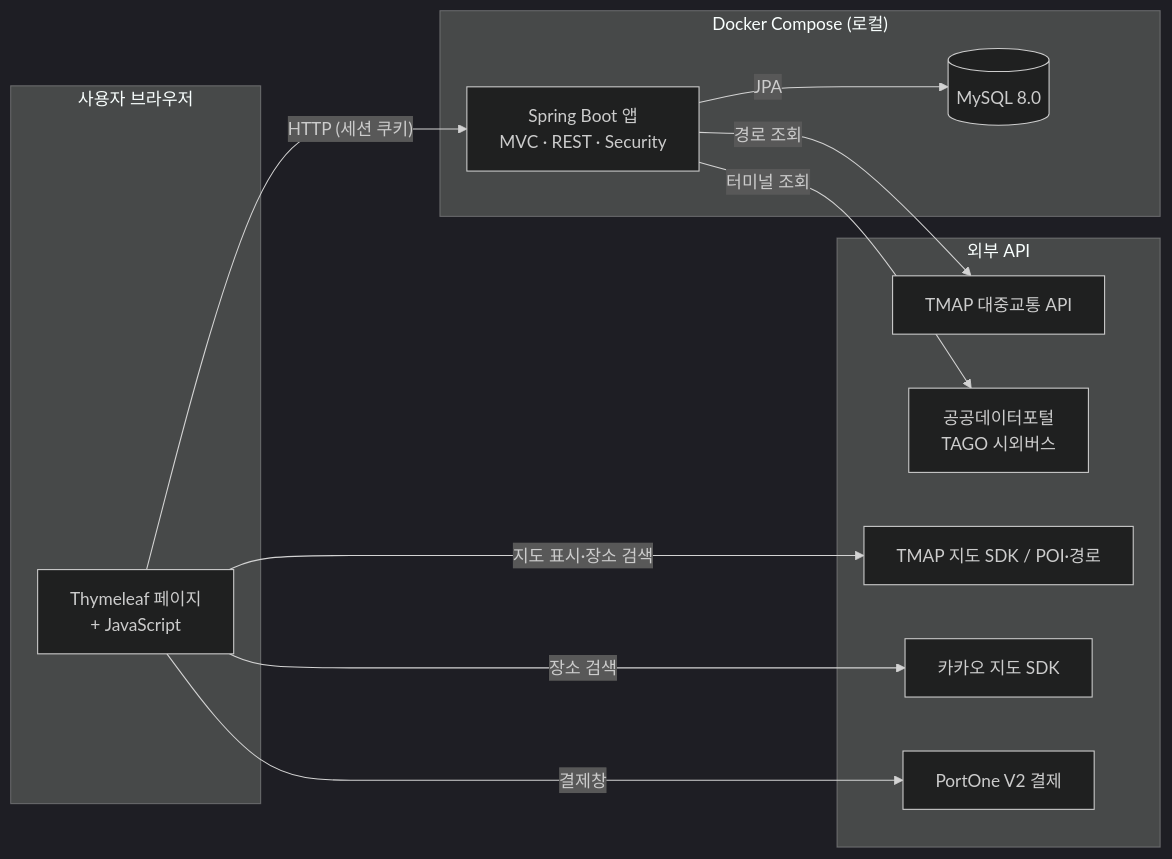
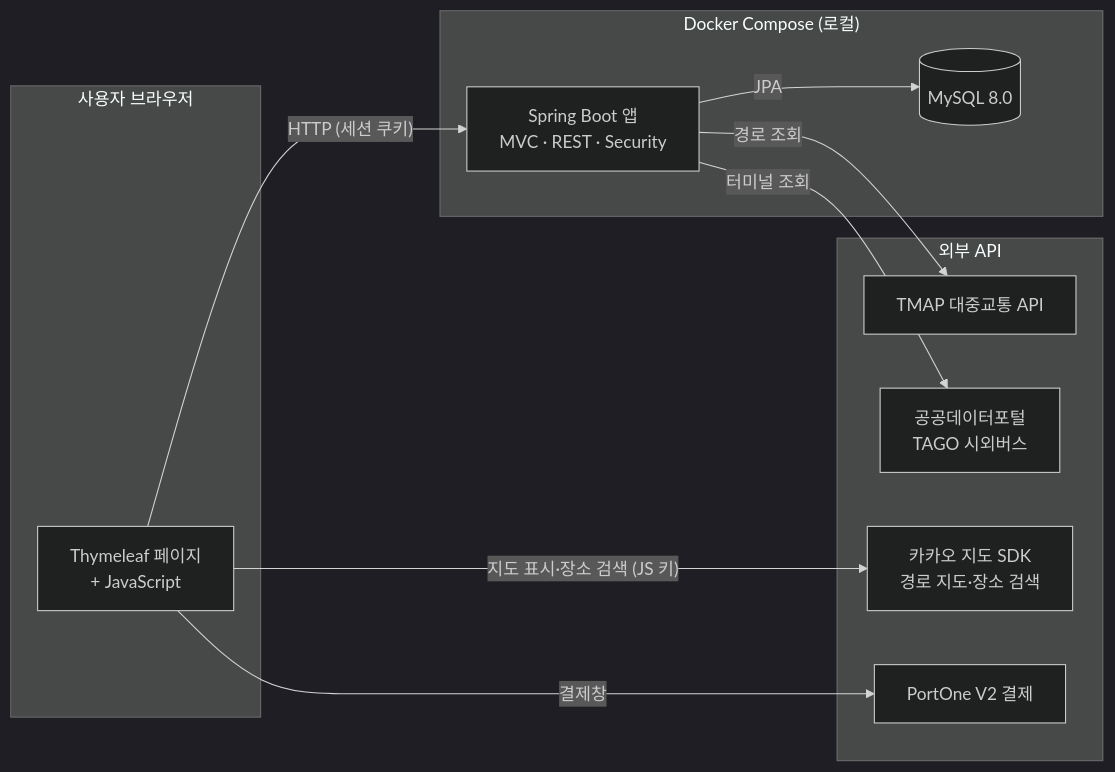
One commit to kimyeongbin-dev/mobillax-v2 changed the first of 2 diagrams in README.md. Above: the diagram before and after it, drawn with Mermaid (dark theme). The commit also changed other lines of this file and 2 other files, not shown here.

````diff
--- a/README.md
+++ b/README.md
@@ -68,27 +68,25 @@
 ```mermaid
 flowchart LR
     subgraph Client["사용자 브라우저"]
         UI["Thymeleaf 페이지<br/>+ JavaScript"]
     end
 
     subgraph Local["Docker Compose (로컬)"]
         App["Spring Boot 앱<br/>MVC · REST · Security"]
         DB[("MySQL 8.0")]
     end
 
     subgraph External["외부 API"]
         TmapREST["TMAP 대중교통 API"]
-        TmapSDK["TMAP 지도 SDK / POI·경로"]
-        KakaoSDK["카카오 지도 SDK"]
+        KakaoSDK["카카오 지도 SDK<br/>경로 지도·장소 검색"]
         PortOne["PortOne V2 결제"]
         DataGo["공공데이터포털<br/>TAGO 시외버스"]
     end
 
     UI -- "HTTP (세션 쿠키)" --> App
     App -- "JPA" --> DB
     App -- "경로 조회" --> TmapREST
     App -- "터미널 조회" --> DataGo
-    UI -- "지도 표시·장소 검색" --> TmapSDK
-    UI -- "장소 검색" --> KakaoSDK
+    UI -- "지도 표시·장소 검색 (JS 키)" --> KakaoSDK
     UI -- "결제창" --> PortOne
 ```
````
